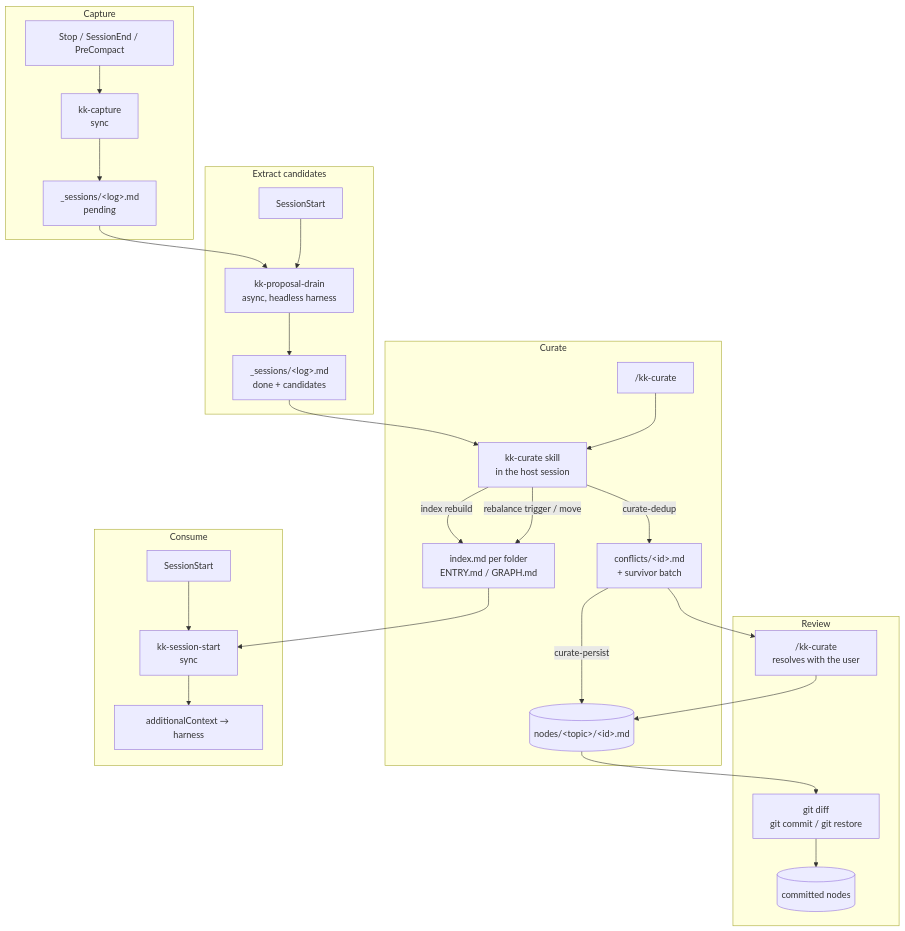
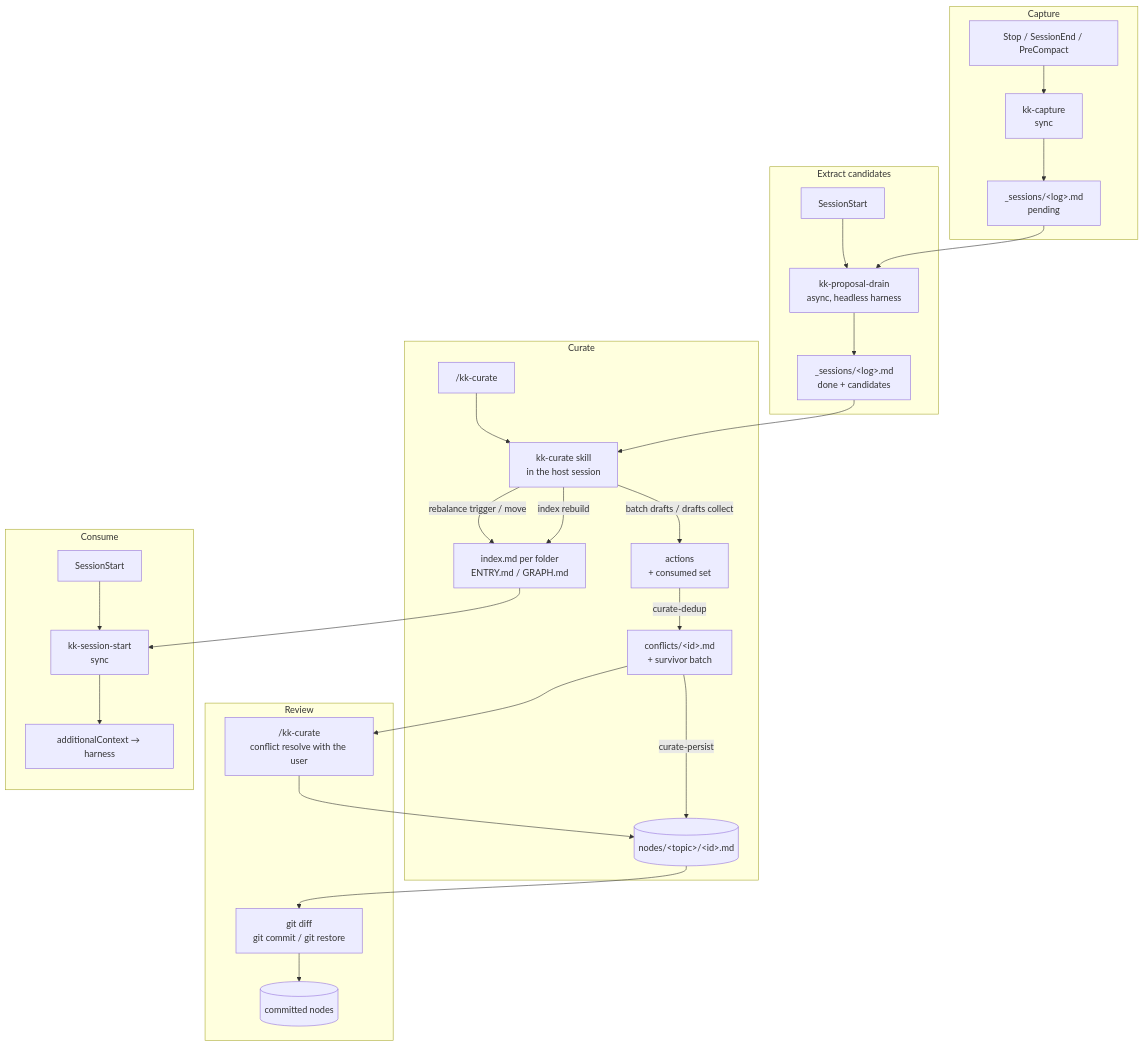
The diagram in docs/internals/architecture.md (e0ipso/kenkeep), drawn with Mermaid before and after one commit. The commit also changed other lines of this file and 11 other files, not shown here.

````diff
--- a/docs/internals/architecture.md
+++ b/docs/internals/architecture.md
@@ -37,35 +39,36 @@
 ```mermaid
 flowchart TB
     subgraph capture[Capture]
         H1[Stop / SessionEnd / PreCompact] --> KB1[kk-capture<br/>sync]
         KB1 --> SL[_sessions/&lt;log&gt;.md<br/>pending]
     end
 
     subgraph extract[Extract candidates]
         SS1[SessionStart] --> KB2[kk-proposal-drain<br/>async, headless harness]
         SL --> KB2
         KB2 --> SLD[_sessions/&lt;log&gt;.md<br/>done + candidates]
     end
 
     subgraph curate[Curate]
         UC["/kk-curate"] --> KB3[kk-curate skill<br/>in the host session]
         SLD --> KB3
-        KB3 -->|curate-dedup| PC[conflicts/&lt;id&gt;.md<br/>+ survivor batch]
+        KB3 -->|batch drafts / drafts collect| MF[actions<br/>+ consumed set]
+        MF -->|curate-dedup| PC[conflicts/&lt;id&gt;.md<br/>+ survivor batch]
         PC -->|curate-persist| NODES[(nodes/&lt;topic&gt;/&lt;id&gt;.md)]
         KB3 -->|rebalance trigger / move| IDX[index.md per folder<br/>ENTRY.md / GRAPH.md]
         KB3 -->|index rebuild| IDX
     end
 
     subgraph review[Review]
         NODES --> RV[git diff<br/>git commit / git restore]
-        PC --> SK["/kk-curate<br/>resolves with the user"]
+        PC --> SK["/kk-curate<br/>conflict resolve with the user"]
         SK --> NODES
         RV --> COMMIT[(committed nodes)]
     end
 
     subgraph consume[Consume]
         SS2[SessionStart] --> KB4[kk-session-start<br/>sync]
         IDX --> KB4
         KB4 --> CTX[additionalContext → harness]
     end
 ```
````
